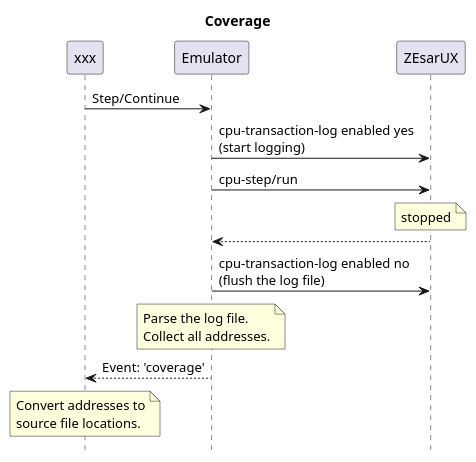
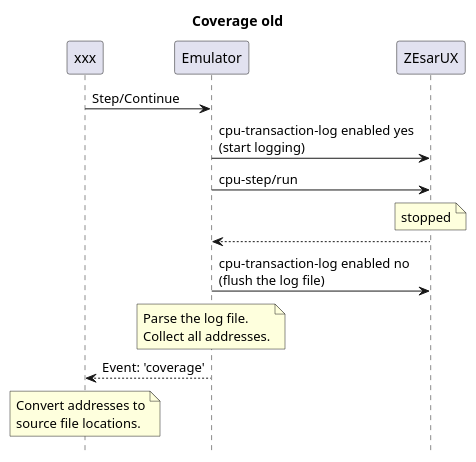
The ninth of 10 diagrams in design/design.md (maziac/DeZog), drawn with PlantUML before and after one commit. The commit also changed other lines of this file and 5 other files, not shown here.

````diff
--- a/design/design.md
+++ b/design/design.md
@@ -460,13 +460,13 @@
 ```puml
 hide footbox
-title Coverage
+title Coverage old
 xxx -> Emulator: Step/Continue
 Emulator -> ZEsarUX: cpu-transaction-log enabled yes\n(start logging)
 Emulator -> ZEsarUX: cpu-step/run
 note over ZEsarUX: stopped
 Emulator <-- ZEsarUX:
 Emulator -> ZEsarUX: cpu-transaction-log enabled no\n(flush the log file)
 note over Emulator: Parse the log file.\nCollect all addresses.
 xxx <-- Emulator: Event: 'coverage'
 note over xxx: Convert addresses to\nsource file locations.
 ```
````
